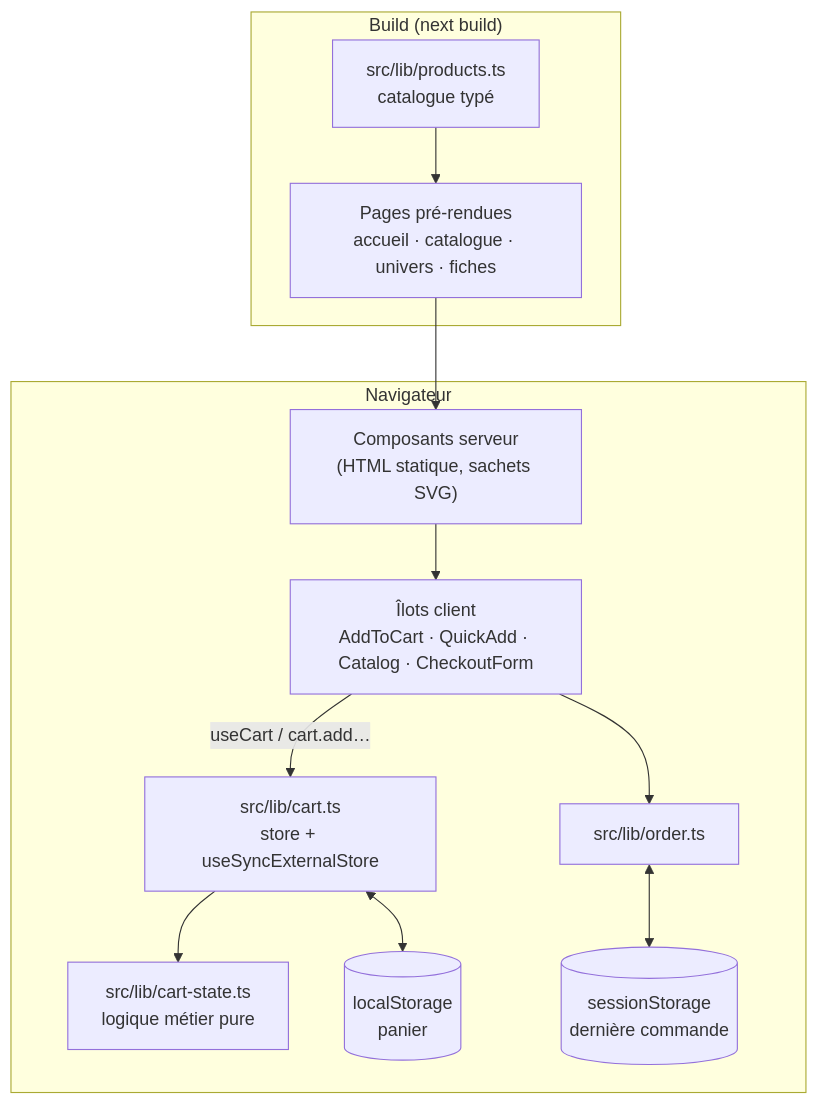
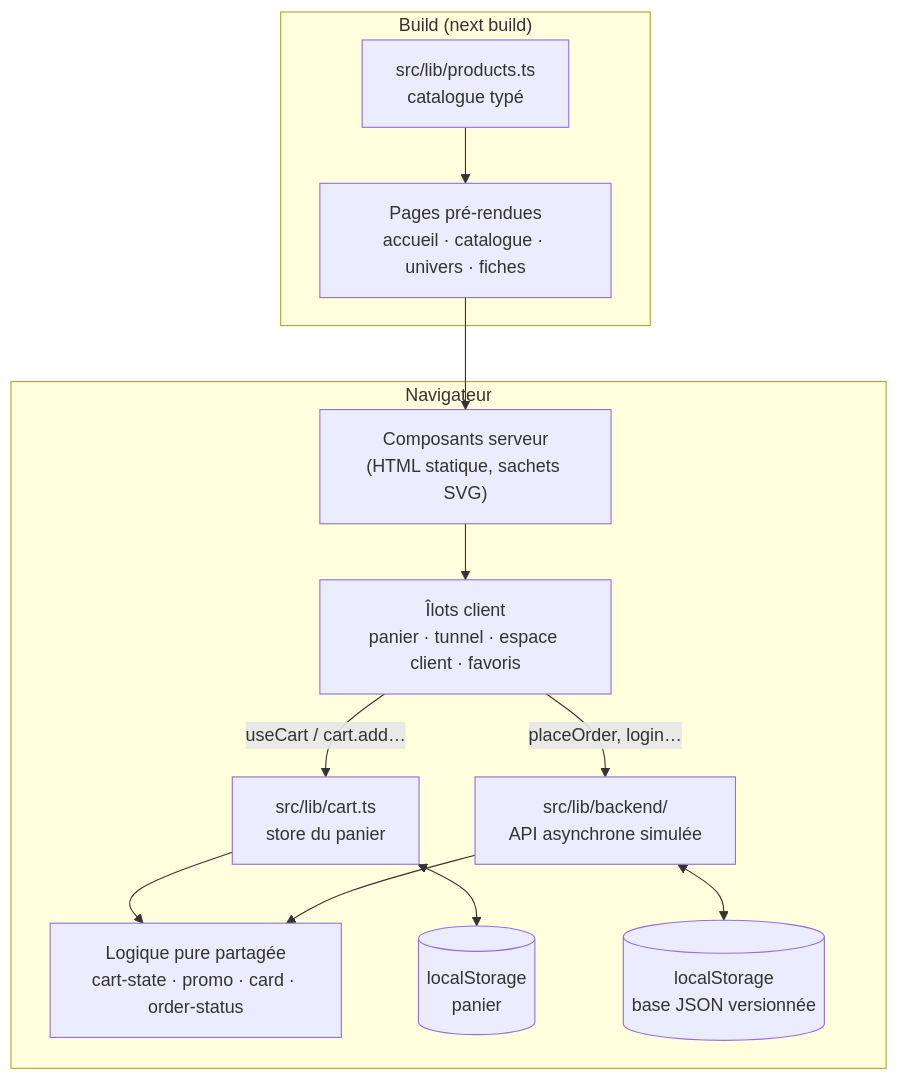
The diagram in README.md (TahirouM/ecommerce-chips), drawn with Mermaid before and after one commit. The commit also changed other lines of this file, not shown here.

First line of the commit message:
docs: README — accès démo, fonctionnalités et architecture du tunnel de vente

````diff
--- a/README.md
+++ b/README.md
@@ -29,15 +44,17 @@
 ```mermaid
 flowchart TB
   subgraph Build["Build (next build)"]
     P["src/lib/products.ts<br/>catalogue typé"] --> SSG["Pages pré-rendues<br/>accueil · catalogue · univers · fiches"]
   end
 
   subgraph Navigateur
     SSG --> RSC["Composants serveur<br/>(HTML statique, sachets SVG)"]
-    RSC --> Islands["Îlots client<br/>AddToCart · QuickAdd · Catalog · CheckoutForm"]
-    Islands -->|useCart / cart.add…| Store["src/lib/cart.ts<br/>store + useSyncExternalStore"]
-    Store --> Logic["src/lib/cart-state.ts<br/>logique métier pure"]
+    RSC --> Islands["Îlots client<br/>panier · tunnel · espace client · favoris"]
+    Islands -->|useCart / cart.add…| Store["src/lib/cart.ts<br/>store du panier"]
+    Islands -->|placeOrder, login…| API["src/lib/backend/<br/>API asynchrone simulée"]
+    Store --> Logic["Logique pure partagée<br/>cart-state · promo · card · order-status"]
+    API --> Logic
     Store <--> LS[("localStorage<br/>panier")]
-    Islands --> Order["src/lib/order.ts"] <--> SS[("sessionStorage<br/>dernière commande")]
+    API <--> DB[("localStorage<br/>base JSON versionnée")]
   end
 ```
````
